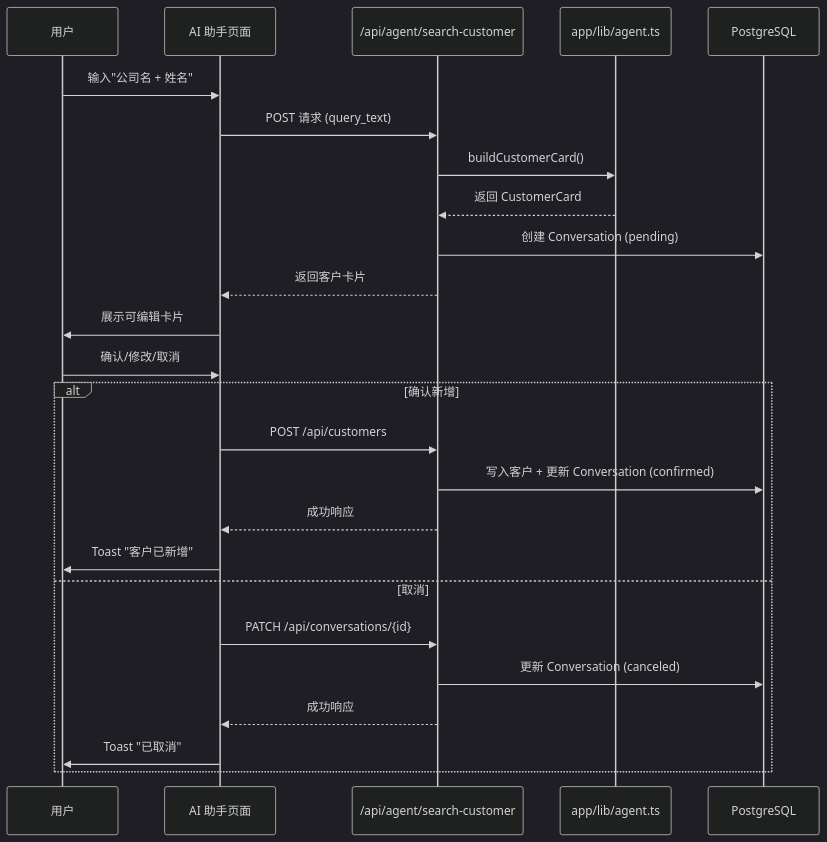
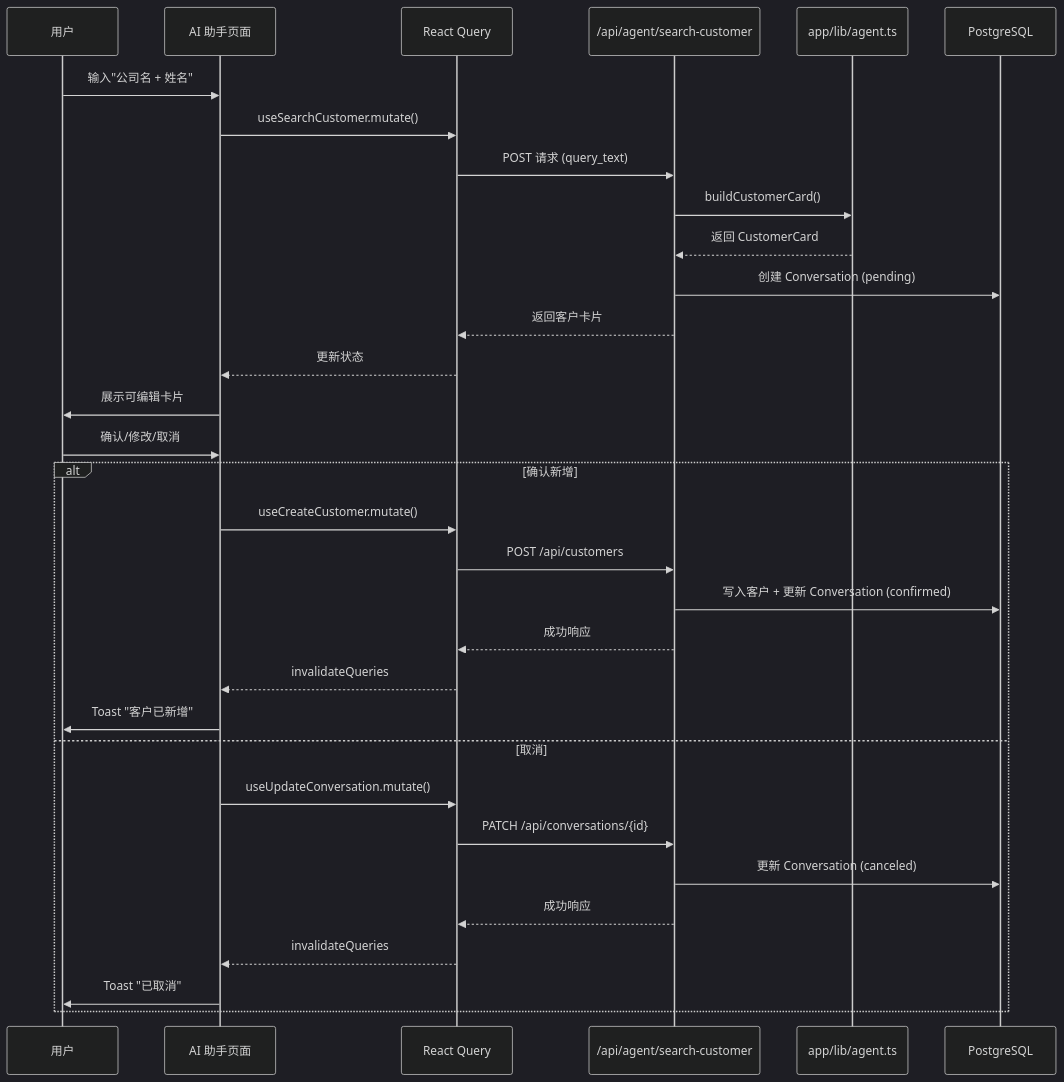
Before and after one commit to glide-the/dream-im-platform: the third of 3 diagrams in CLAUDE.md, drawn with Mermaid (dark theme). The commit also changed other lines of this file and 11 other files, not shown here.

First line of the commit message:
feat(integration): 集成 React Query 状态管理

````diff
--- a/CLAUDE.md
+++ b/CLAUDE.md
@@ -162,29 +186,36 @@
 ```mermaid
 sequenceDiagram
     participant U as 用户
-    participant AI as AI 助手页面
+    participant UI as AI 助手页面
+    participant RQ as React Query
     participant API as /api/agent/search-customer
     participant Agent as app/lib/agent.ts
     participant DB as PostgreSQL
 
-    U->>AI: 输入"公司名 + 姓名"
-    AI->>API: POST 请求 (query_text)
+    U->>UI: 输入"公司名 + 姓名"
+    UI->>RQ: useSearchCustomer.mutate()
+    RQ->>API: POST 请求 (query_text)
     API->>Agent: buildCustomerCard()
     Agent-->>API: 返回 CustomerCard
     API->>DB: 创建 Conversation (pending)
-    API-->>AI: 返回客户卡片
-    AI->>U: 展示可编辑卡片
-    U->>AI: 确认/修改/取消
+    API-->>RQ: 返回客户卡片
+    RQ-->>UI: 更新状态
+    UI->>U: 展示可编辑卡片
+    U->>UI: 确认/修改/取消
 
     alt 确认新增
-        AI->>API: POST /api/customers
+        UI->>RQ: useCreateCustomer.mutate()
+        RQ->>API: POST /api/customers
         API->>DB: 写入客户 + 更新 Conversation (confirmed)
-        API-->>AI: 成功响应
-        AI->>U: Toast "客户已新增"
+        API-->>RQ: 成功响应
+        RQ-->>UI: invalidateQueries
+        UI->>U: Toast "客户已新增"
     else 取消
-        AI->>API: PATCH /api/conversations/{id}
+        UI->>RQ: useUpdateConversation.mutate()
+        RQ->>API: PATCH /api/conversations/{id}
         API->>DB: 更新 Conversation (canceled)
-        API-->>AI: 成功响应
-        AI->>U: Toast "已取消"
+        API-->>RQ: 成功响应
+        RQ-->>UI: invalidateQueries
+        UI->>U: Toast "已取消"
     end
 ```
````
